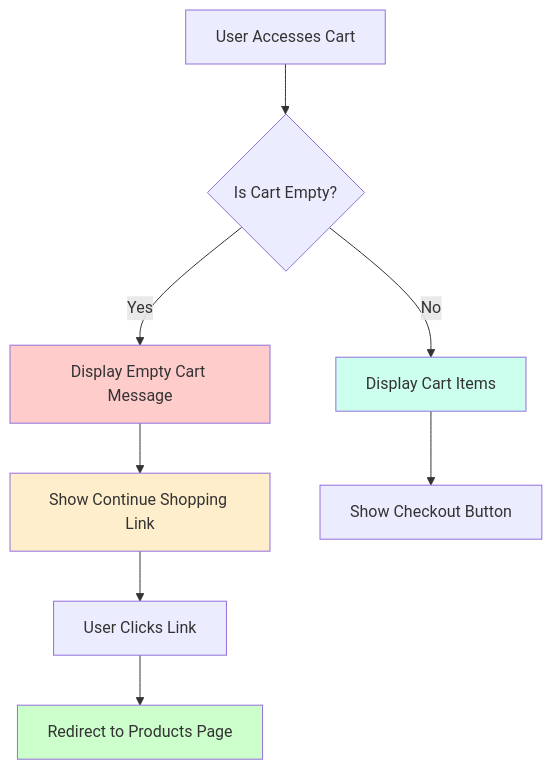
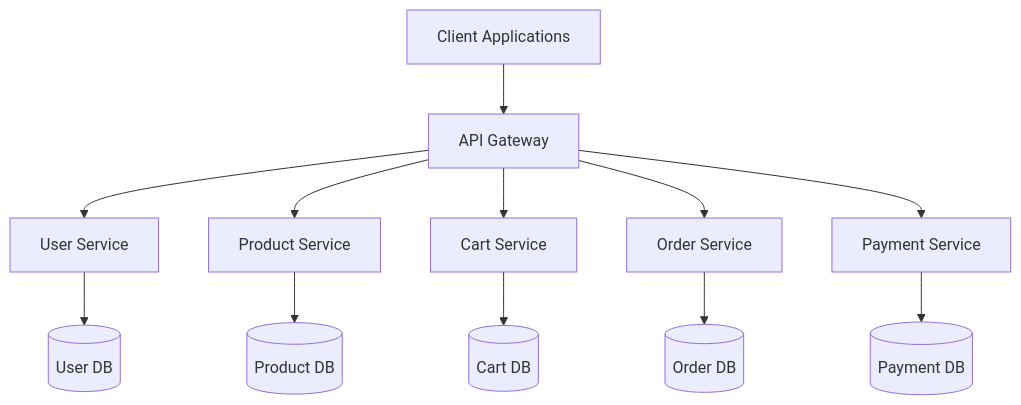
The first of 2 diagrams in docs/LLD/lld.md (NavneetBN47/aava-ecom-demo), drawn with Mermaid before and after one commit. The commit also changed other lines of this file, not shown here.

````diff
--- a/docs/LLD/lld.md
+++ b/docs/LLD/lld.md
@@ -1178,15 +51,14 @@
 ```mermaid
-flowchart TD
-    A[User Accesses Cart] --> B{Is Cart Empty?}
-    B -->|Yes| C[Display Empty Cart Message]
-    C --> D[Show Continue Shopping Link]
-    D --> E[User Clicks Link]
-    E --> F[Redirect to Products Page]
-    B -->|No| G[Display Cart Items]
-    G --> H[Show Checkout Button]
-    
-    style C fill:#ffcccc
-    style D fill:#ffeecc
-    style F fill:#ccffcc
-    style G fill:#ccffee
+graph TB
+    A[Client Applications] --> B[API Gateway]
+    B --> C[User Service]
+    B --> D[Product Service]
+    B --> E[Cart Service]
+    B --> F[Order Service]
+    B --> G[Payment Service]
+    C --> H[(User DB)]
+    D --> I[(Product DB)]
+    E --> J[(Cart DB)]
+    F --> K[(Order DB)]
+    G --> L[(Payment DB)]
 ```
````
